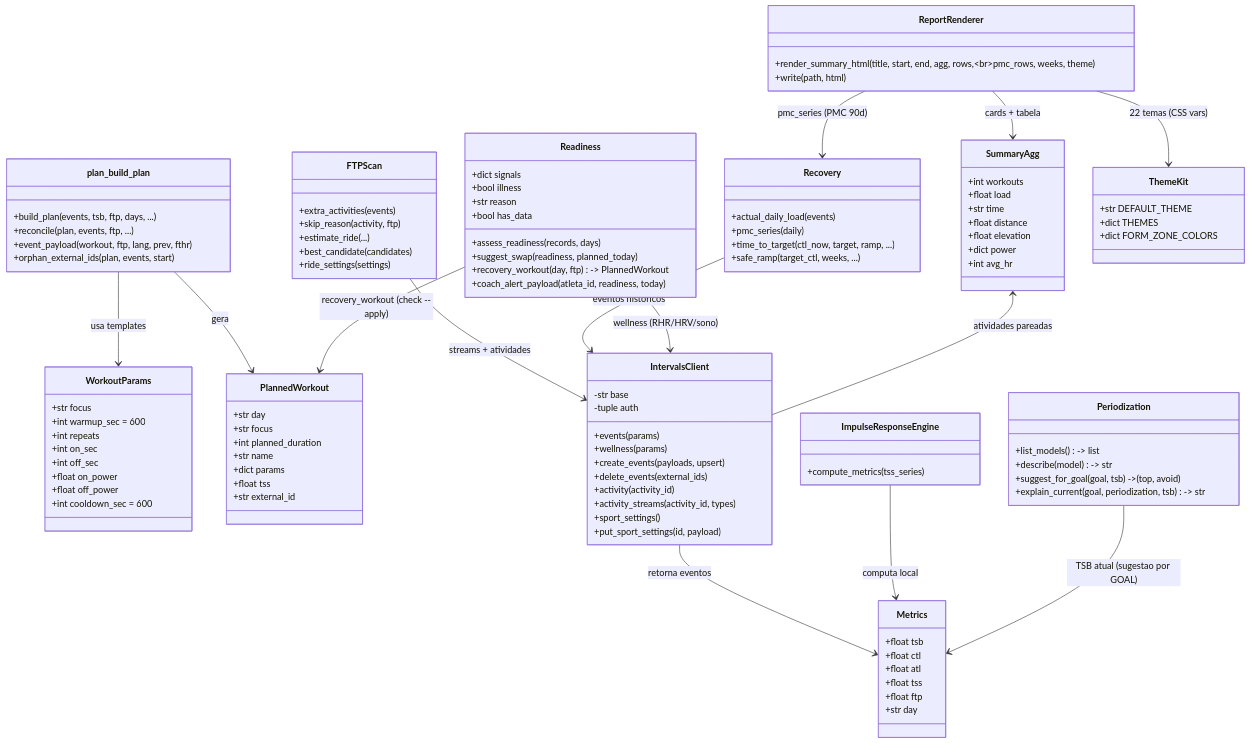
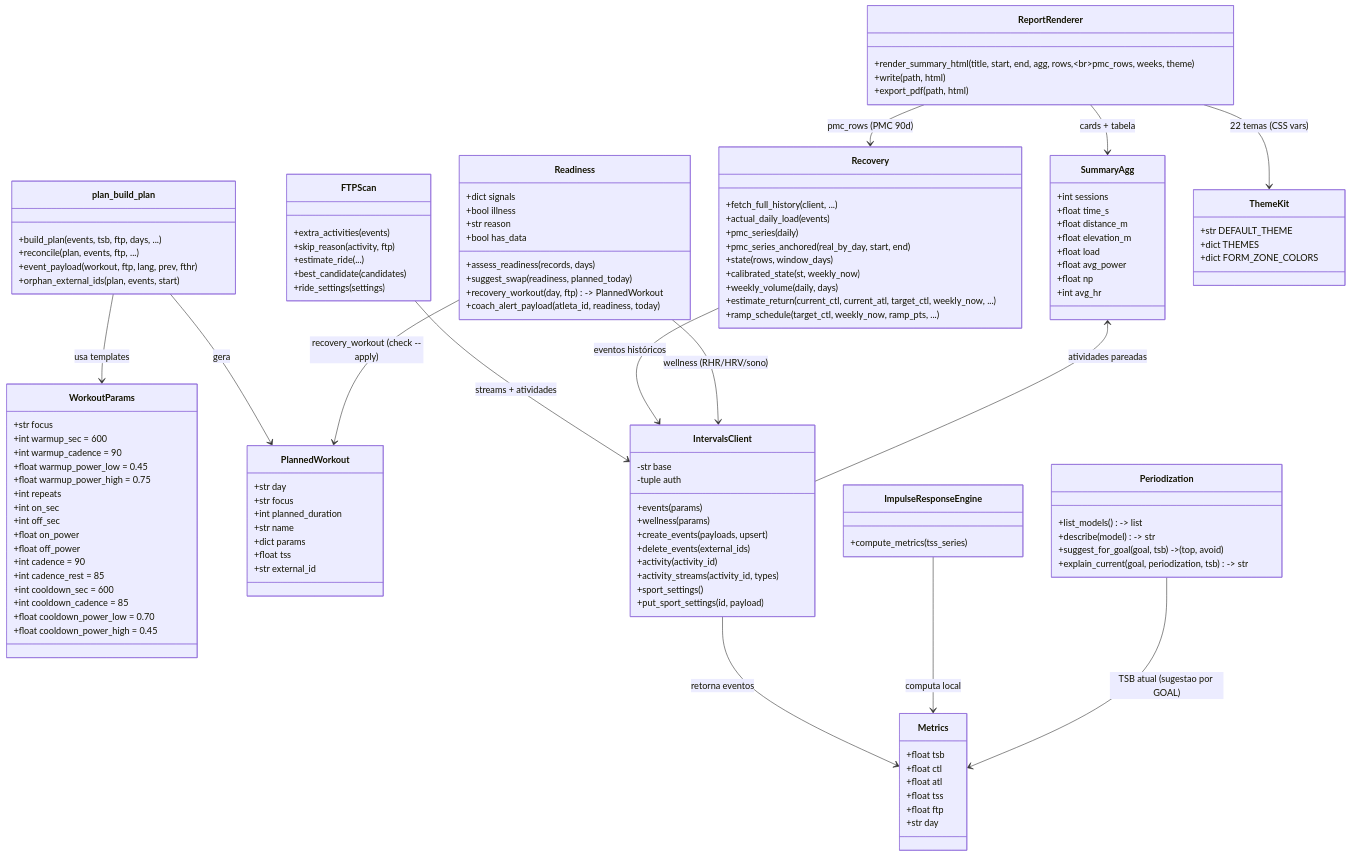
Before and after one commit to valdelin/Hermes-coach: the fourth of 6 diagrams in docs/DIAGRAMAS.md, drawn with Mermaid. The commit also changed other lines of this file and 9 other files, not shown here.

First line of the commit message:
docs(diagramas): diagramas alinhados ao codigo atual (v0.0.29, 374 testes)

````diff
--- a/docs/DIAGRAMAS.md
+++ b/docs/DIAGRAMAS.md
@@ -188,12 +188,20 @@
     class WorkoutParams {
         +str focus
         +int warmup_sec = 600
+        +int warmup_cadence = 90
+        +float warmup_power_low = 0.45
+        +float warmup_power_high = 0.75
         +int repeats
         +int on_sec
         +int off_sec
         +float on_power
         +float off_power
+        +int cadence = 90
+        +int cadence_rest = 85
         +int cooldown_sec = 600
+        +int cooldown_cadence = 85
+        +float cooldown_power_low = 0.70
+        +float cooldown_power_high = 0.45
     }
     class PlannedWorkout {
         +str day
@@ -233,10 +241,15 @@
         +ride_settings(settings)
     }
     class Recovery {
+        +fetch_full_history(client, ...)
         +actual_daily_load(events)
         +pmc_series(daily)
-        +time_to_target(ctl_now, target, ramp, ...)
-        +safe_ramp(target_ctl, weeks, ...)
+        +pmc_series_anchored(real_by_day, start, end)
+        +state(rows, window_days)
+        +calibrated_state(st, weekly_now)
+        +weekly_volume(daily, days)
+        +estimate_return(current_ctl, current_atl, target_ctl, weekly_now, ...)
+        +ramp_schedule(target_ctl, weekly_now, ramp_pts, ...)
     }
     class Readiness {
         +dict signals
@@ -255,17 +268,19 @@
         +explain_current(goal, periodization, tsb) -> str
     }
     class SummaryAgg {
-        +int workouts
+        +int sessions
+        +float time_s
+        +float distance_m
+        +float elevation_m
         +float load
-        +str time
-        +float distance
-        +float elevation
-        +dict power
+        +float avg_power
+        +float np
         +int avg_hr
     }
     class ReportRenderer {
         +render_summary_html(title, start, end, agg, rows,<br/>pmc_rows, weeks, theme)
         +write(path, html)
+        +export_pdf(path, html)
     }
     class ThemeKit {
         +str DEFAULT_THEME
@@ -285,5 +300,5 @@
     SummaryAgg <-- IntervalsClient : atividades pareadas
     ReportRenderer --> ThemeKit : 22 temas (CSS vars)
     ReportRenderer --> SummaryAgg : cards + tabela
-    ReportRenderer --> Recovery : pmc_series (PMC 90d)
+    ReportRenderer --> Recovery : pmc_rows (PMC 90d)
 ```
````
